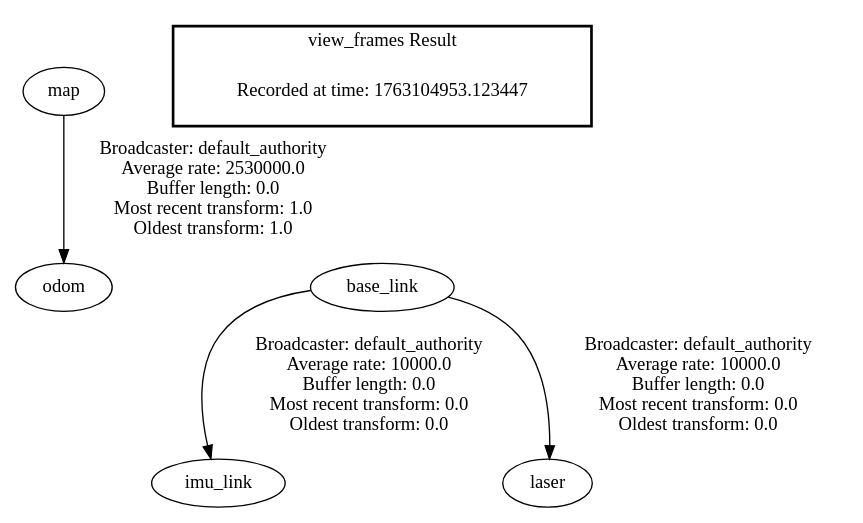
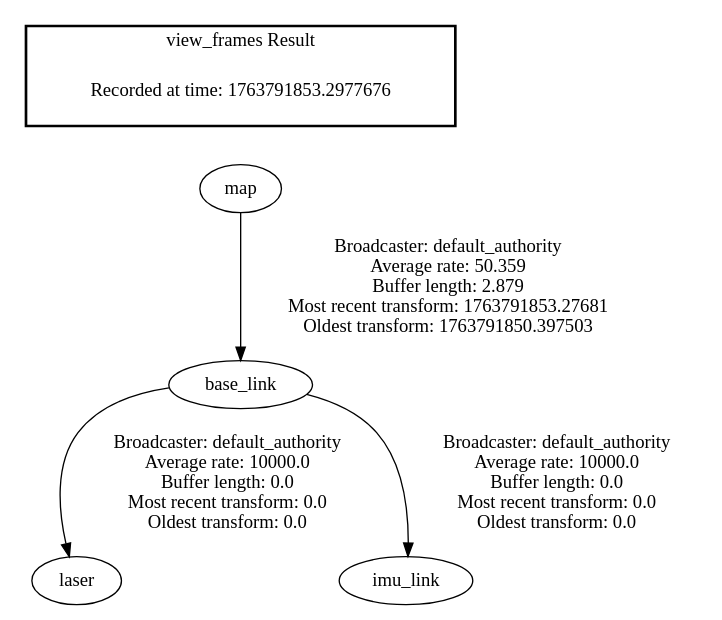
One commit to 2656968/f1tenth_ws_mpc_emergency changed the diagram in frames.gv. Above: the diagram before and after it, drawn with Graphviz. The commit also changed 2758 other files, not shown here.

```diff
--- a/frames.gv
+++ b/frames.gv
@@ -1,9 +1,9 @@
 digraph G {
-"map" -> "odom"[label=" Broadcaster: default_authority\nAverage rate: 2530000.0\nBuffer length: 0.0\nMost recent transform: 1.0\nOldest transform: 1.0\n"];
+"base_link" -> "laser"[label=" Broadcaster: default_authority\nAverage rate: 10000.0\nBuffer length: 0.0\nMost recent transform: 0.0\nOldest transform: 0.0\n"];
+"map" -> "base_link"[label=" Broadcaster: default_authority\nAverage rate: 50.359\nBuffer length: 2.879\nMost recent transform: 1763791853.27681\nOldest transform: 1763791850.397503\n"];
 "base_link" -> "imu_link"[label=" Broadcaster: default_authority\nAverage rate: 10000.0\nBuffer length: 0.0\nMost recent transform: 0.0\nOldest transform: 0.0\n"];
-"base_link" -> "laser"[label=" Broadcaster: default_authority\nAverage rate: 10000.0\nBuffer length: 0.0\nMost recent transform: 0.0\nOldest transform: 0.0\n"];
 edge [style=invis];
  subgraph cluster_legend { style=bold; color=black; label ="view_frames Result";
-"Recorded at time: 1763104953.123447"[ shape=plaintext ] ;
-}->"base_link";
+"Recorded at time: 1763791853.2977676"[ shape=plaintext ] ;
+}->"map";
 }
```
